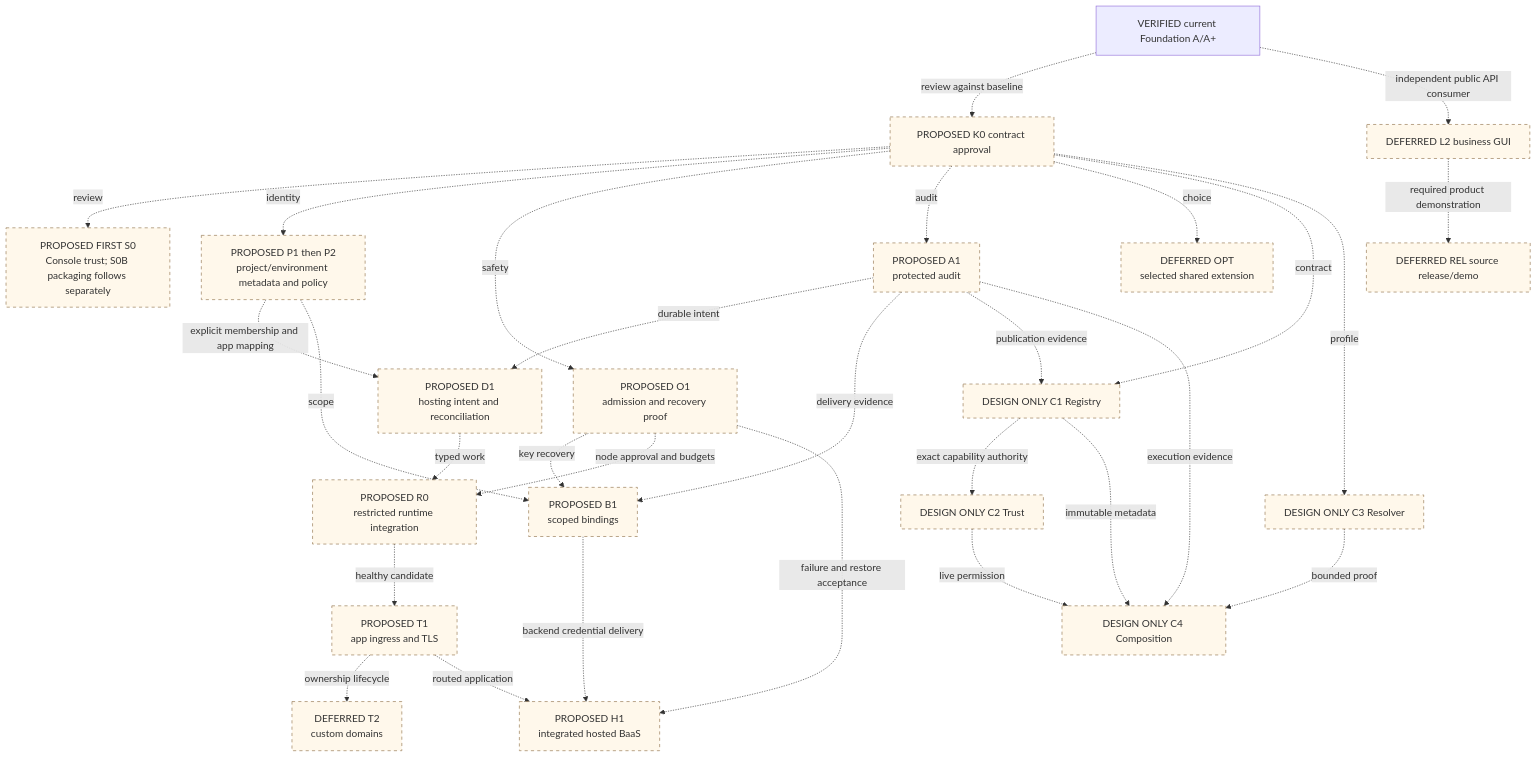
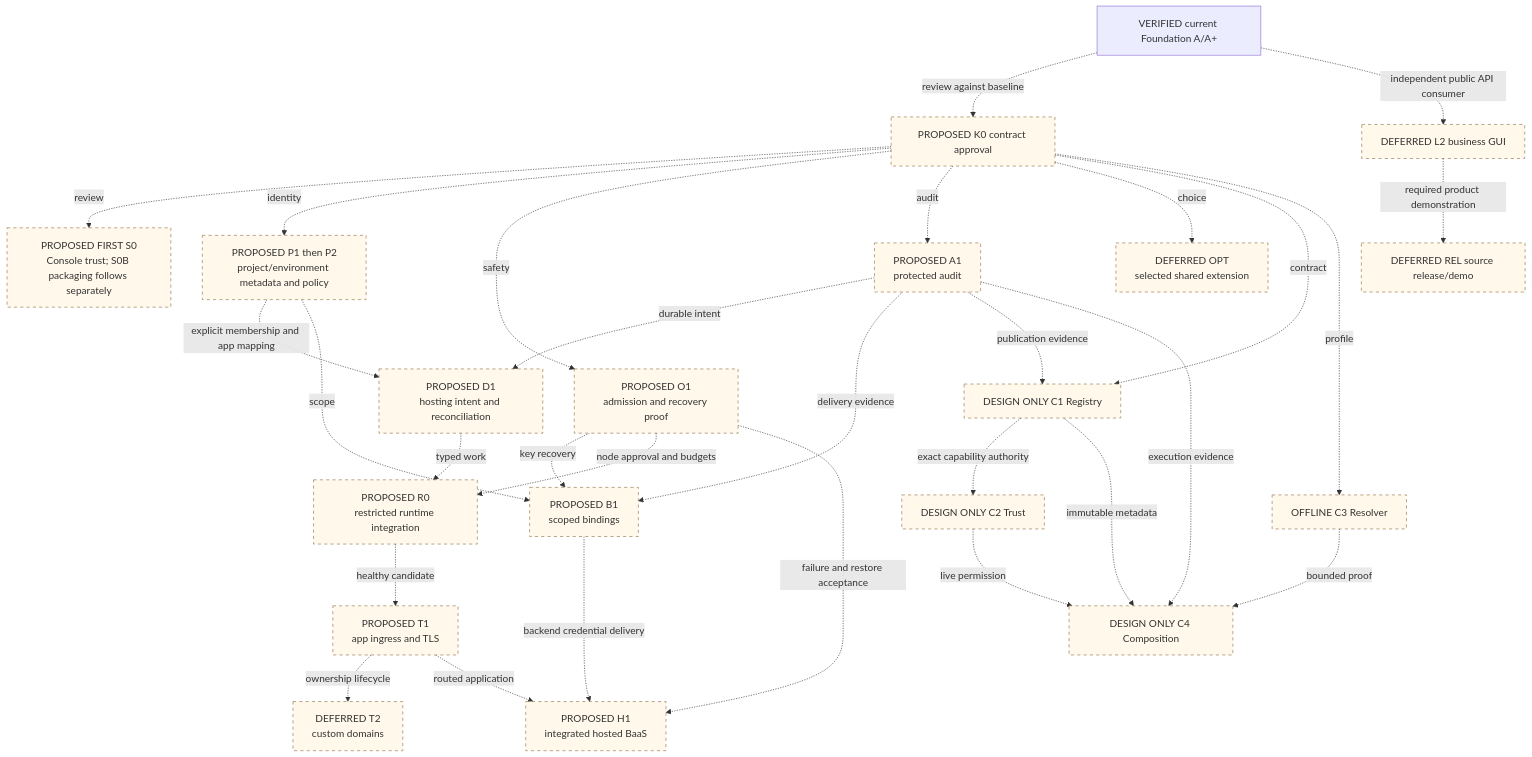
The seventh of 8 diagrams in docs/architecture/ARCHITECTURE_MAPS.md (NHMNDaizoken/Rosetta), drawn with Mermaid before and after one commit. The commit also changed other lines of this file and 16 other files, not shown here.

````diff
--- a/docs/architecture/ARCHITECTURE_MAPS.md
+++ b/docs/architecture/ARCHITECTURE_MAPS.md
@@ -266,52 +266,52 @@
 ```mermaid
 flowchart TB
   BASE["VERIFIED current Foundation A/A+"]
   K0["PROPOSED K0 contract approval"]
   S0["PROPOSED FIRST S0<br/>Console trust; S0B packaging follows separately"]
   META["PROPOSED P1 then P2<br/>project/environment metadata and policy"]
   CONTROL["PROPOSED D1<br/>hosting intent and reconciliation"]
   SAFE["PROPOSED O1<br/>admission and recovery proof"]
   AUDIT["PROPOSED A1<br/>protected audit"]
   SECRET["PROPOSED B1<br/>scoped bindings"]
   RUN["PROPOSED R0<br/>restricted runtime integration"]
   TLS["PROPOSED T1<br/>app ingress and TLS"]
   DOMAIN["DEFERRED T2<br/>custom domains"]
   HOST["PROPOSED H1<br/>integrated hosted BaaS"]
   OPT["DEFERRED OPT<br/>selected shared extension"]
   REG["DESIGN ONLY C1 Registry"]
   TRUST["DESIGN ONLY C2 Trust"]
-  RES["DESIGN ONLY C3 Resolver"]
+  RES["OFFLINE C3 Resolver"]
   COMP["DESIGN ONLY C4 Composition"]
   L2["DEFERRED L2 business GUI"]
   REL["DEFERRED REL source release/demo"]
   BASE -.->|review against baseline| K0
   K0 -.->|review| S0
   K0 -.->|identity| META
   K0 -.->|safety| SAFE
   K0 -.->|audit| AUDIT
   META -.->|explicit membership and app mapping| CONTROL
   AUDIT -.->|durable intent| CONTROL
   META -.->|scope| SECRET
   AUDIT -.->|delivery evidence| SECRET
   SAFE -.->|key recovery| SECRET
   CONTROL -.->|typed work| RUN
   SAFE -.->|node approval and budgets| RUN
   RUN -.->|healthy candidate| TLS
   TLS -.->|ownership lifecycle| DOMAIN
   TLS -.->|routed application| HOST
   SECRET -.->|backend credential delivery| HOST
   SAFE -.->|failure and restore acceptance| HOST
   K0 -.->|choice| OPT
   K0 -.->|contract| REG
   AUDIT -.->|publication evidence| REG
   REG -.->|exact capability authority| TRUST
   K0 -.->|profile| RES
   REG -.->|immutable metadata| COMP
   TRUST -.->|live permission| COMP
   RES -.->|bounded proof| COMP
   AUDIT -.->|execution evidence| COMP
   BASE -.->|independent public API consumer| L2
   L2 -.->|required product demonstration| REL
   classDef future fill:#fff8eb,stroke:#92734b,stroke-dasharray:5 5
   class K0,S0,META,CONTROL,SAFE,AUDIT,SECRET,RUN,TLS,DOMAIN,HOST,OPT,REG,TRUST,RES,COMP,L2,REL future
 ```
````
